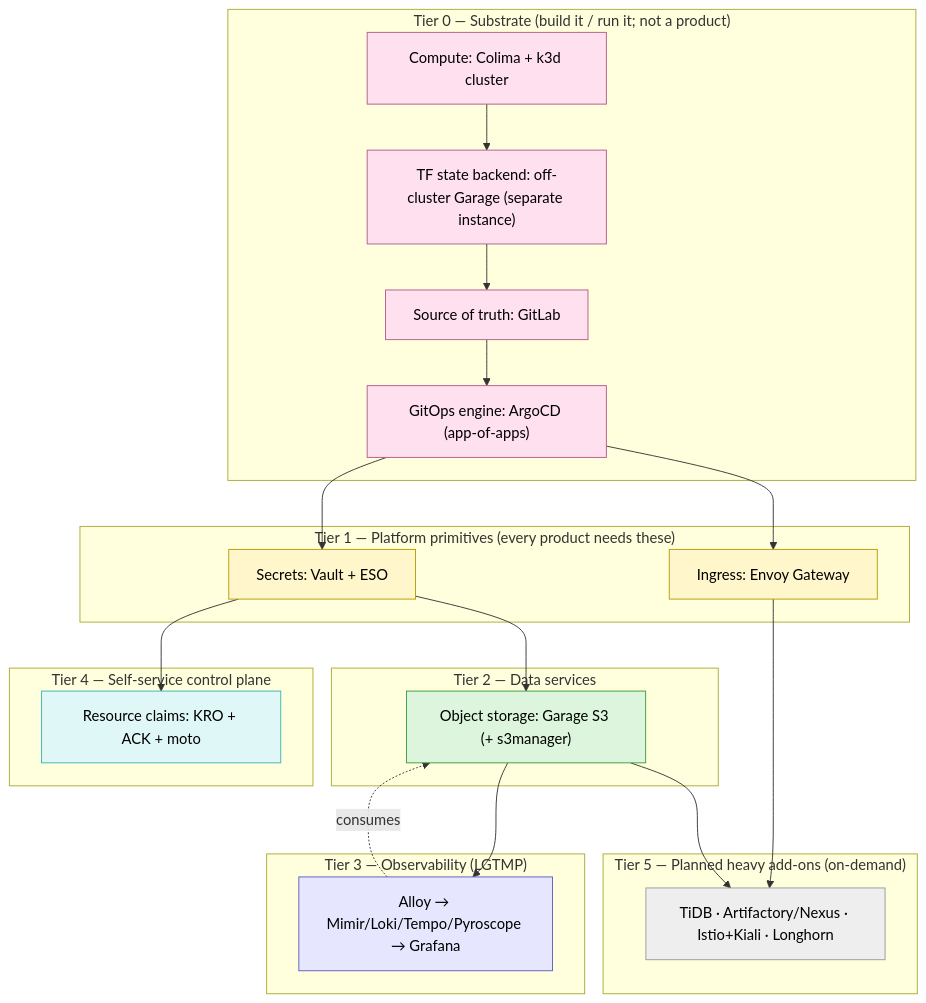
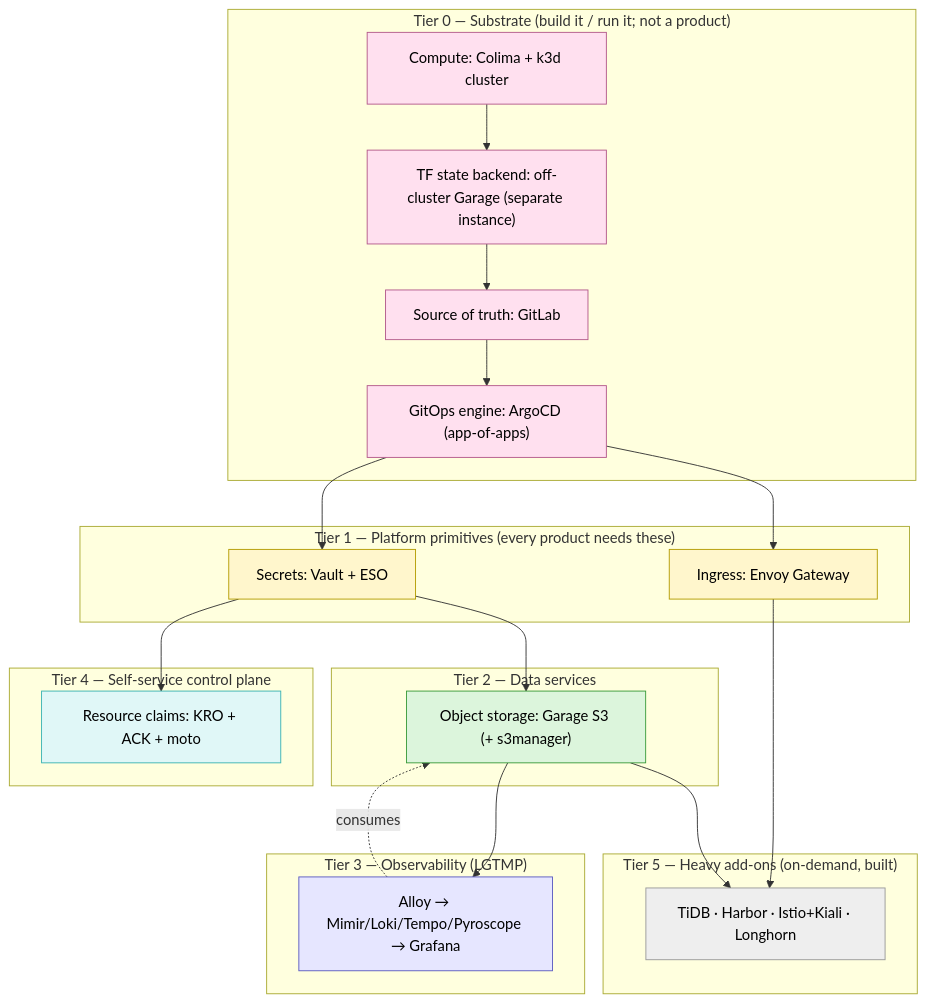
The diagram in docs/platform-products.md (tooming/k8s-anywhere), drawn with Mermaid before and after one commit. The commit also changed other lines of this file and 7 other files, not shown here.

````diff
--- a/docs/platform-products.md
+++ b/docs/platform-products.md
@@ -47,41 +47,41 @@
 ```mermaid
 graph TD
   classDef sub fill:#ffe0ef,stroke:#b3598a,color:#000
   classDef prim fill:#fff6cc,stroke:#b39b00,color:#000
   classDef data fill:#dcf5dc,stroke:#3b9b3b,color:#000
   classDef obs fill:#e6e6ff,stroke:#5b5bc0,color:#000
   classDef ss fill:#e0f7f7,stroke:#3bb3b3,color:#000
   classDef plan fill:#eeeeee,stroke:#999,color:#000
 
   subgraph T0["Tier 0 — Substrate (build it / run it; not a product)"]
     compute["Compute: Colima + k3d cluster"]:::sub
     state["TF state backend: off-cluster Garage (separate instance)"]:::sub
     scm["Source of truth: GitLab"]:::sub
     cd["GitOps engine: ArgoCD (app-of-apps)"]:::sub
   end
   subgraph T1["Tier 1 — Platform primitives (every product needs these)"]
     secrets["Secrets: Vault + ESO"]:::prim
     ingress["Ingress: Envoy Gateway"]:::prim
   end
   subgraph T2["Tier 2 — Data services"]
     s3["Object storage: Garage S3 (+ s3manager)"]:::data
   end
   subgraph T3["Tier 3 — Observability (LGTMP)"]
     obs["Alloy → Mimir/Loki/Tempo/Pyroscope → Grafana"]:::obs
   end
   subgraph T4["Tier 4 — Self-service control plane"]
     claims["Resource claims: KRO + ACK + moto"]:::ss
   end
-  subgraph T5["Tier 5 — Planned heavy add-ons (on-demand)"]
-    heavy["TiDB · Artifactory/Nexus · Istio+Kiali · Longhorn"]:::plan
+  subgraph T5["Tier 5 — Heavy add-ons (on-demand, built)"]
+    heavy["TiDB · Harbor · Istio+Kiali · Longhorn"]:::plan
   end
 
   compute --> state --> scm --> cd
   cd --> secrets & ingress
   secrets --> s3
   s3 --> obs
   secrets --> claims
   obs -. consumes .-> s3
   ingress --> heavy
   s3 --> heavy
 ```
````
